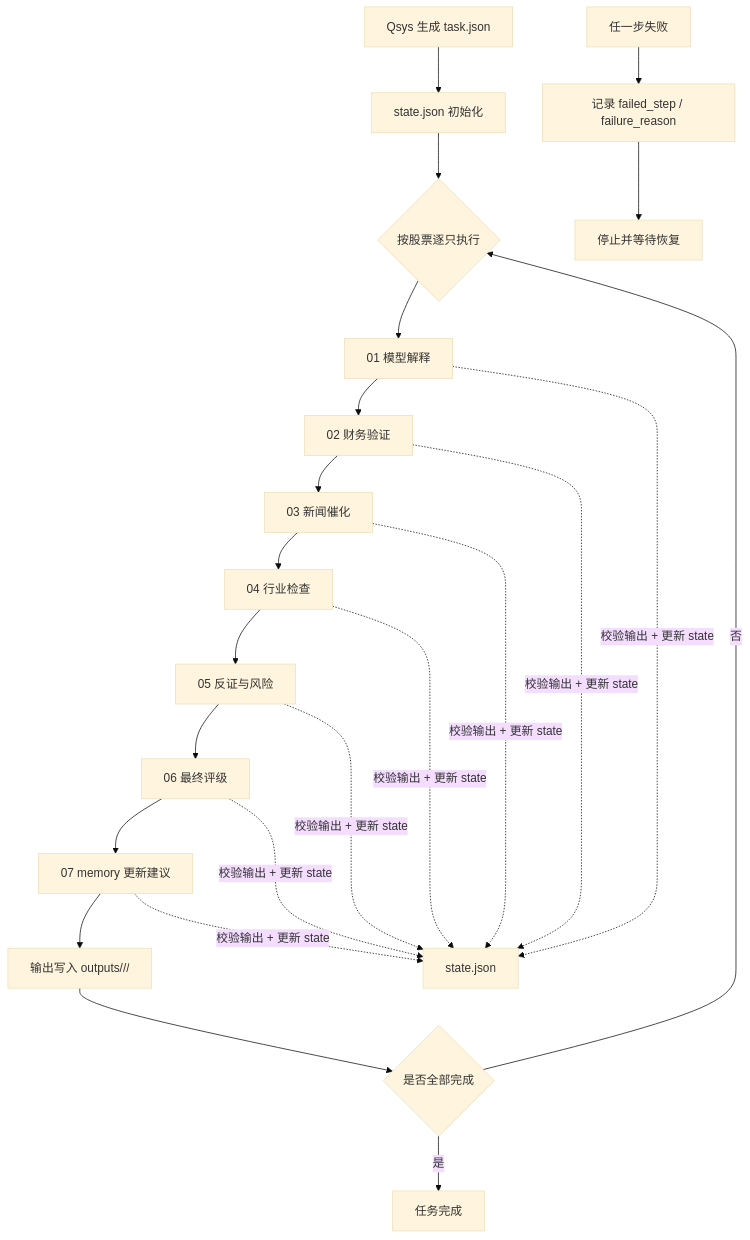
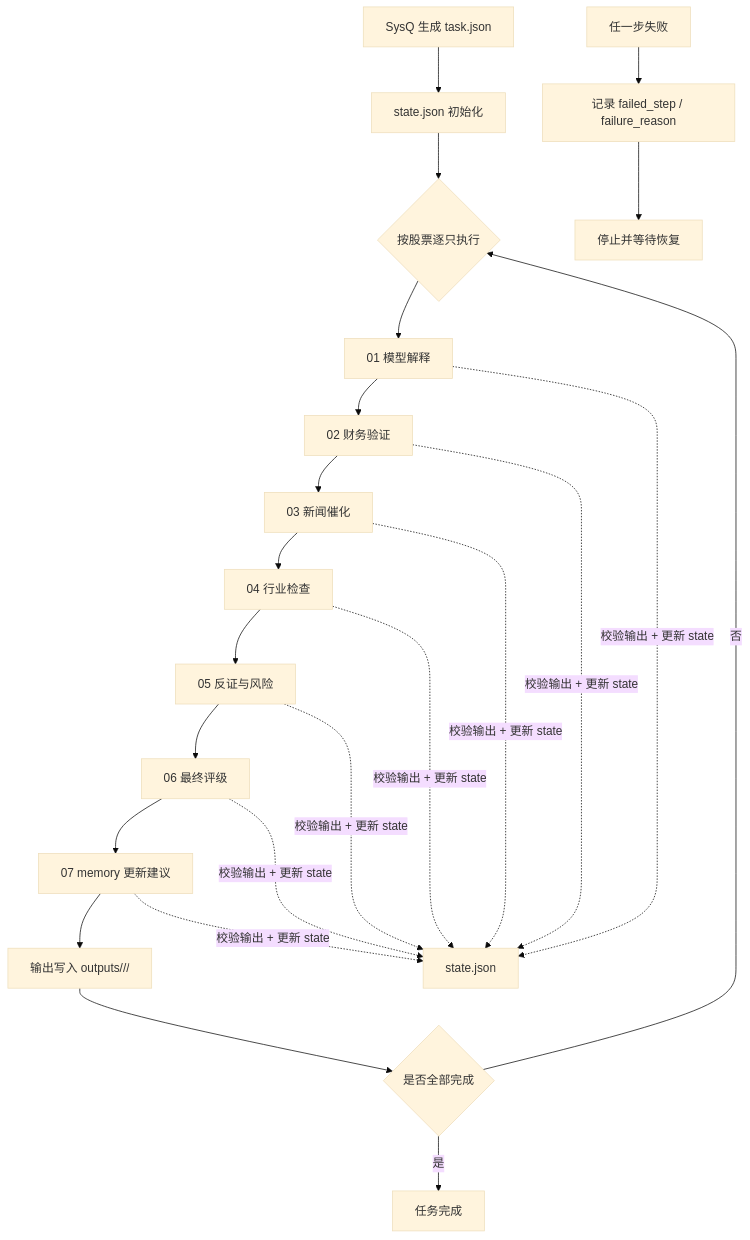
Before and after one commit to sinnergarden/SysA: the diagram in README.md, drawn with Mermaid (base theme). The commit also changed other lines of this file and 7 other files, not shown here.

````diff
--- a/README.md
+++ b/README.md
@@ -17,27 +17,27 @@
 ```mermaid
 flowchart TD
-    A[Qsys 生成 task.json] --> B[state.json 初始化]
+    A[SysQ 生成 task.json] --> B[state.json 初始化]
     B --> C{按股票逐只执行}
     C --> D[01 模型解释]
     D --> E[02 财务验证]
     E --> F[03 新闻催化]
     F --> G[04 行业检查]
     G --> H[05 反证与风险]
     H --> I[06 最终评级]
     I --> J[07 memory 更新建议]
     J --> K[输出写入 outputs/<task_id>/<ts_code>/]
     K --> L{是否全部完成}
     L -- 否 --> C
     L -- 是 --> M[任务完成]
 
     D -. 校验输出 + 更新 state .-> N[state.json]
     E -. 校验输出 + 更新 state .-> N
     F -. 校验输出 + 更新 state .-> N
     G -. 校验输出 + 更新 state .-> N
     H -. 校验输出 + 更新 state .-> N
     I -. 校验输出 + 更新 state .-> N
     J -. 校验输出 + 更新 state .-> N
 
     X[任一步失败] --> Y[记录 failed_step / failure_reason]
     Y --> Z[停止并等待恢复]
 ```
````
